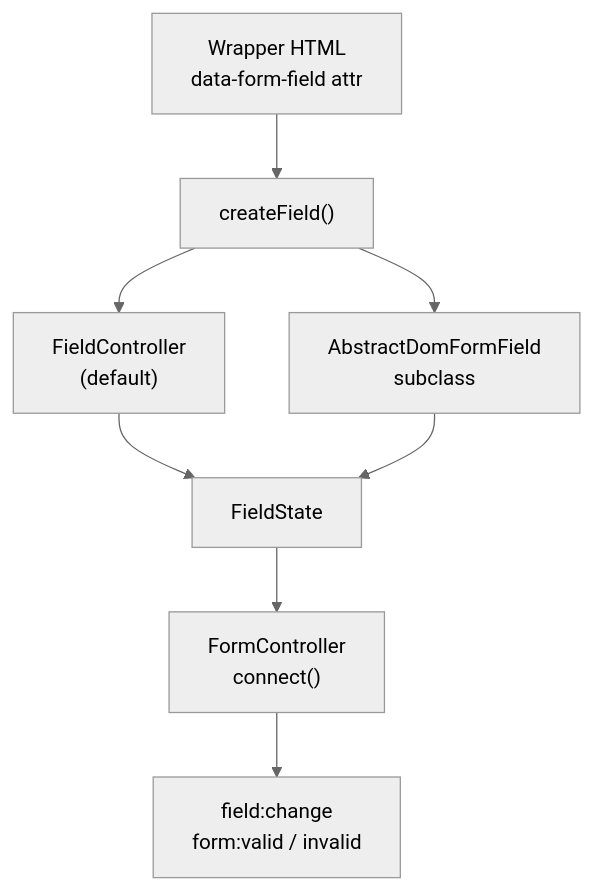
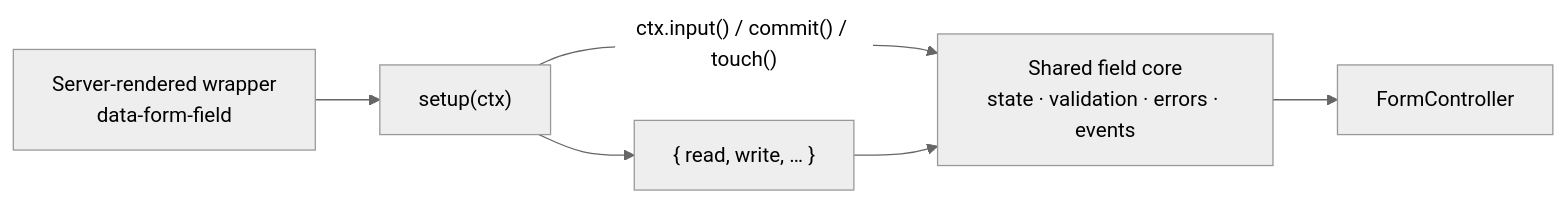
Before and after one commit to kimamov/FormLayer: the diagram in docs/src/content/docs/guides/custom-fields.md, drawn with Mermaid (neutral theme). The commit also changed other lines of this file and 13 other files, not shown here.

````diff
--- a/docs/src/content/docs/guides/custom-fields.md
+++ b/docs/src/content/docs/guides/custom-fields.md
@@ -14,10 +21,8 @@
 ```mermaid
-flowchart TB
-  HTML["Wrapper HTML<br/>data-form-field attr"] --> Create["createField()"]
-  Create --> FC["FieldController<br/>(default)"]
-  Create --> Custom["AbstractDomFormField<br/>subclass"]
-  FC --> State["FieldState"]
-  Custom --> State
-  State --> Form["FormController<br/>connect()"]
-  Form --> Events["field:change<br/>form:valid / invalid"]
+flowchart LR
+  HTML["Server-rendered wrapper<br/>data-form-field"] --> Setup["setup(ctx)"]
+  Setup --> Adapter["{ read, write, … }"]
+  Setup -- "ctx.input() / commit() / touch()" --> Core["Shared field core<br/>state · validation · errors · events"]
+  Adapter --> Core
+  Core --> Form["FormController"]
 ```
````
